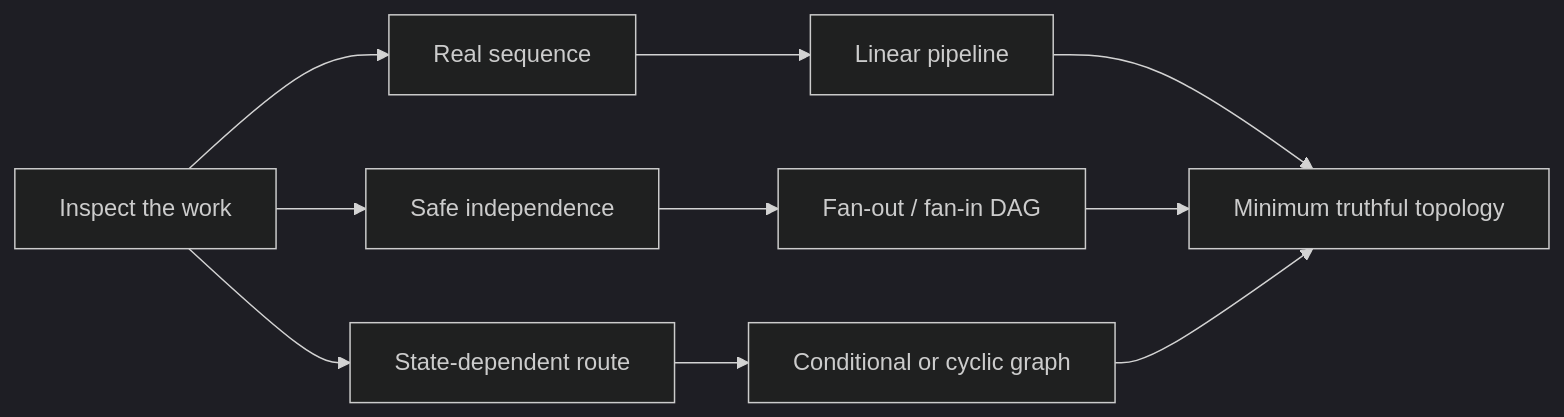
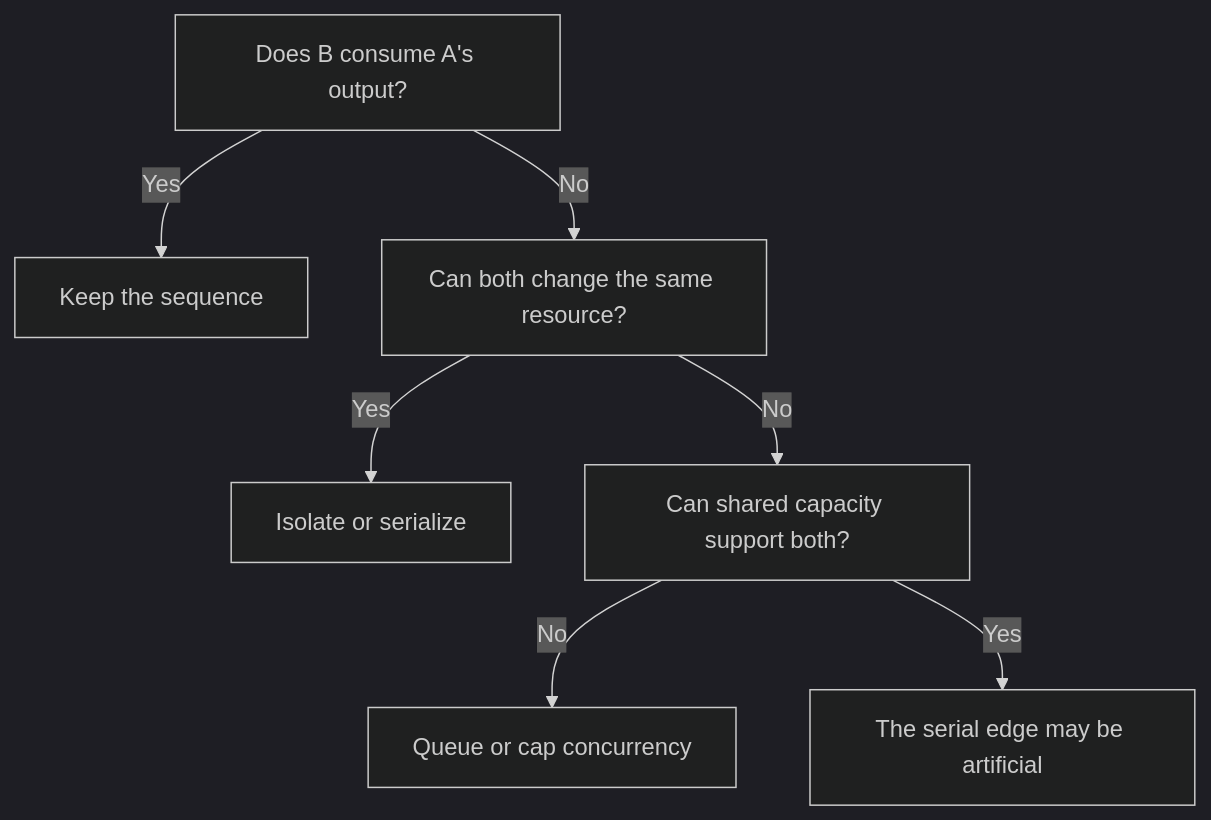
The first of 4 diagrams in src/drafts/df3f4646.md (Herbertcuba/herbertcuba-personal-blog), drawn with Mermaid (dark theme) before and after one commit. The commit also changed other lines of this file, not shown here.

Commit message:
draft(t_3af0b546): Use a Pipeline Until the Work Proves It Needs a Graph

````diff
--- a/src/drafts/df3f4646.md
+++ b/src/drafts/df3f4646.md
@@ -14,12 +25,9 @@
 ```mermaid
-flowchart LR
-    W[Inspect the work] --> S[Real sequence]
-    W --> I[Safe independence]
-    W --> R[State-dependent route]
-    S --> P[Linear pipeline]
-    I --> D[Fan-out / fan-in DAG]
-    R --> C[Conditional or cyclic graph]
-    P --> M[Minimum truthful topology]
-    D --> M
-    C --> M
+flowchart TD
+    A[Does B consume A's output?] -->|Yes| S[Keep the sequence]
+    A -->|No| M[Can both change the same resource?]
+    M -->|Yes| I[Isolate or serialize]
+    M -->|No| C[Can shared capacity support both?]
+    C -->|No| Q[Queue or cap concurrency]
+    C -->|Yes| P[The serial edge may be artificial]
 ```
````
